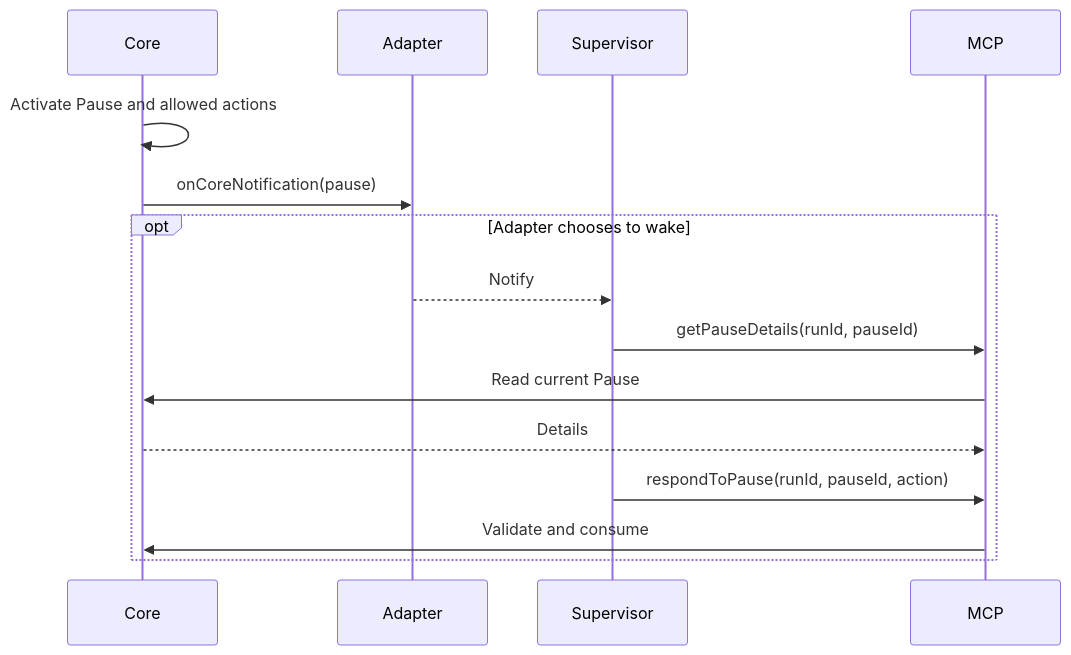
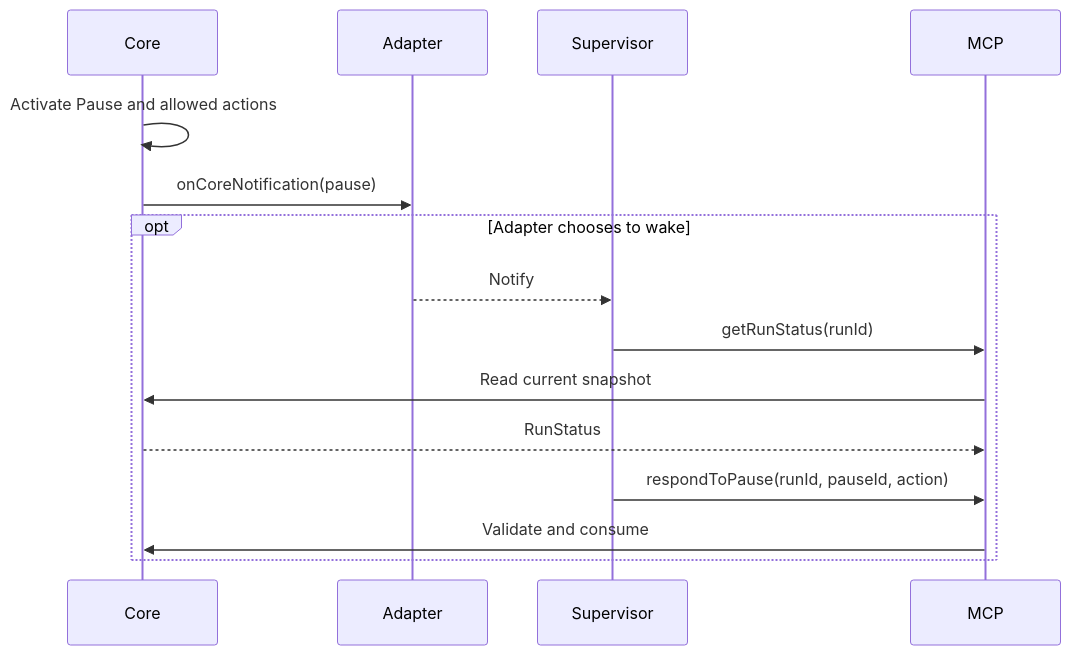
The fifth of 6 diagrams in docs/terminal-contract.md (BuddyLabsCo/issue-runner-core), drawn with Mermaid before and after one commit. The commit also changed other lines of this file, not shown here.

Commit message:
docs: simplify Core control and MCP contract

````diff
--- a/docs/terminal-contract.md
+++ b/docs/terminal-contract.md
@@ -546,17 +484,17 @@
 ```mermaid
 sequenceDiagram
     participant Core
     participant Adapter
     participant Supervisor
     participant MCP
     Core->>Core: Activate Pause and allowed actions
     Core->>Adapter: onCoreNotification(pause)
     opt Adapter chooses to wake
         Adapter-->>Supervisor: Notify
-        Supervisor->>MCP: getPauseDetails(runId, pauseId)
-        MCP->>Core: Read current Pause
-        Core-->>MCP: Details
+        Supervisor->>MCP: getRunStatus(runId)
+        MCP->>Core: Read current snapshot
+        Core-->>MCP: RunStatus
         Supervisor->>MCP: respondToPause(runId, pauseId, action)
         MCP->>Core: Validate and consume
     end
 ```
````
